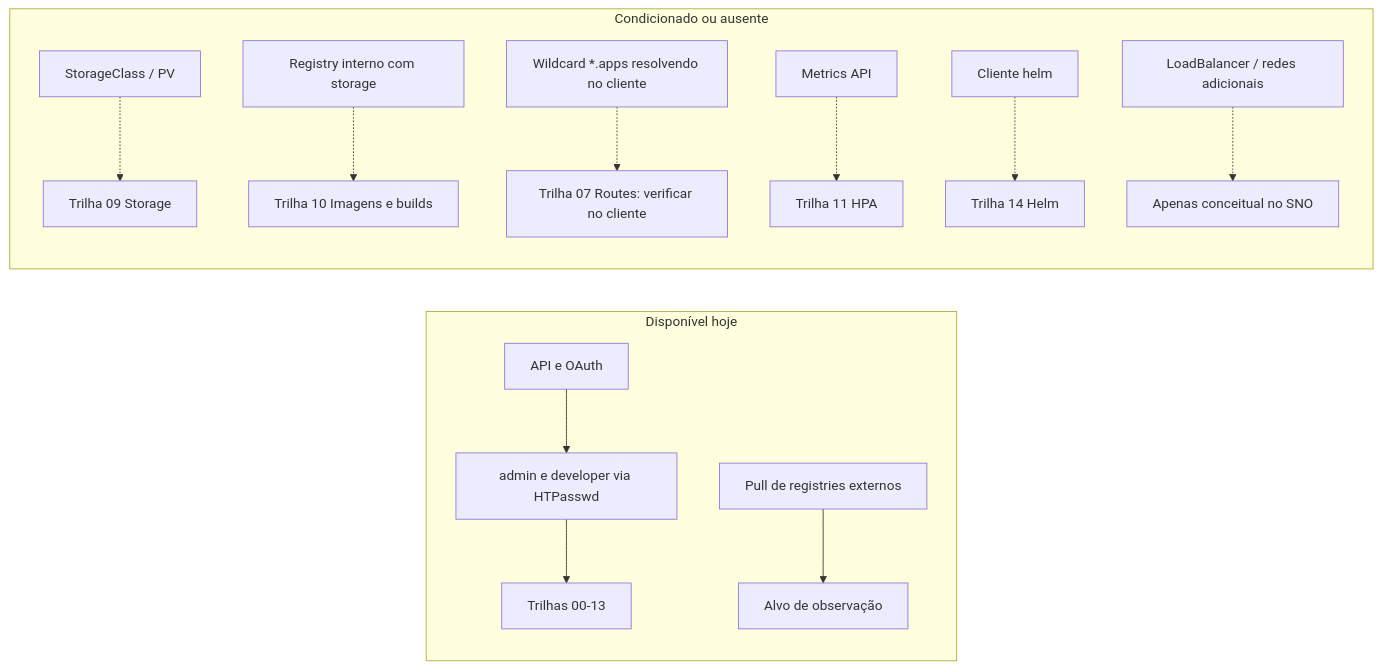
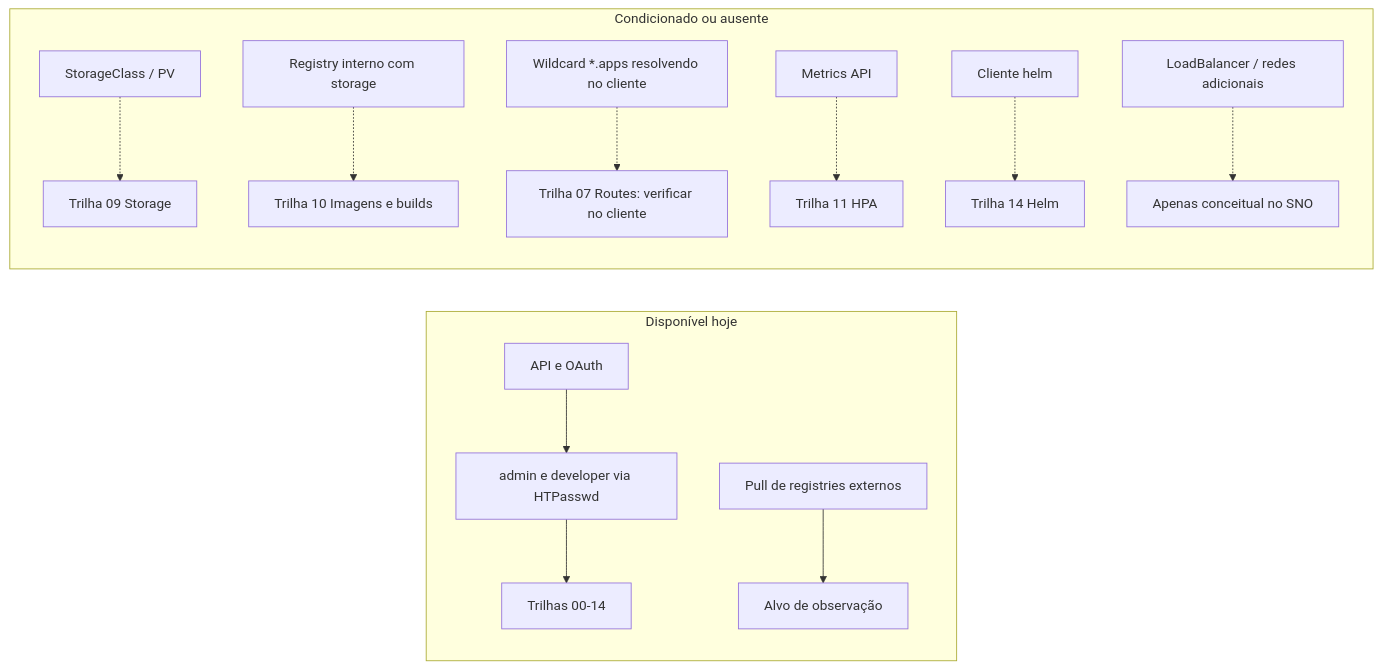
Before and after one commit to eduardoandradej/academia-comandos-openshift: the diagram in catalogo/matriz-competencias.md, drawn with Mermaid. The commit also changed other lines of this file and 67 other files, not shown here.

First line of the commit message:
feat: trilha 14 (Helm) com chart de treino, preparação do cliente, guia direto e cenários TS-043 a TS-045

````diff
--- a/catalogo/matriz-competencias.md
+++ b/catalogo/matriz-competencias.md
@@ -53,16 +53,16 @@
 ```mermaid
 flowchart LR
   subgraph disponivel[Disponível hoje]
     API[API e OAuth] --> ID[admin e developer via HTPasswd]
-    ID --> T00[Trilhas 00-13]
+    ID --> T00[Trilhas 00-14]
     IMG[Pull de registries externos] --> T02[Alvo de observação]
   end
   subgraph condicionado[Condicionado ou ausente]
     SC[StorageClass / PV] -.-> T09[Trilha 09 Storage]
     REG[Registry interno com storage] -.-> T10[Trilha 10 Imagens e builds]
     DNS[Wildcard *.apps resolvendo no cliente] -.-> T07[Trilha 07 Routes: verificar no cliente]
     MET[Metrics API] -.-> T11[Trilha 11 HPA]
     HELM[Cliente helm] -.-> T14[Trilha 14 Helm]
     LB[LoadBalancer / redes adicionais] -.-> X[Apenas conceitual no SNO]
   end
 ```
````
